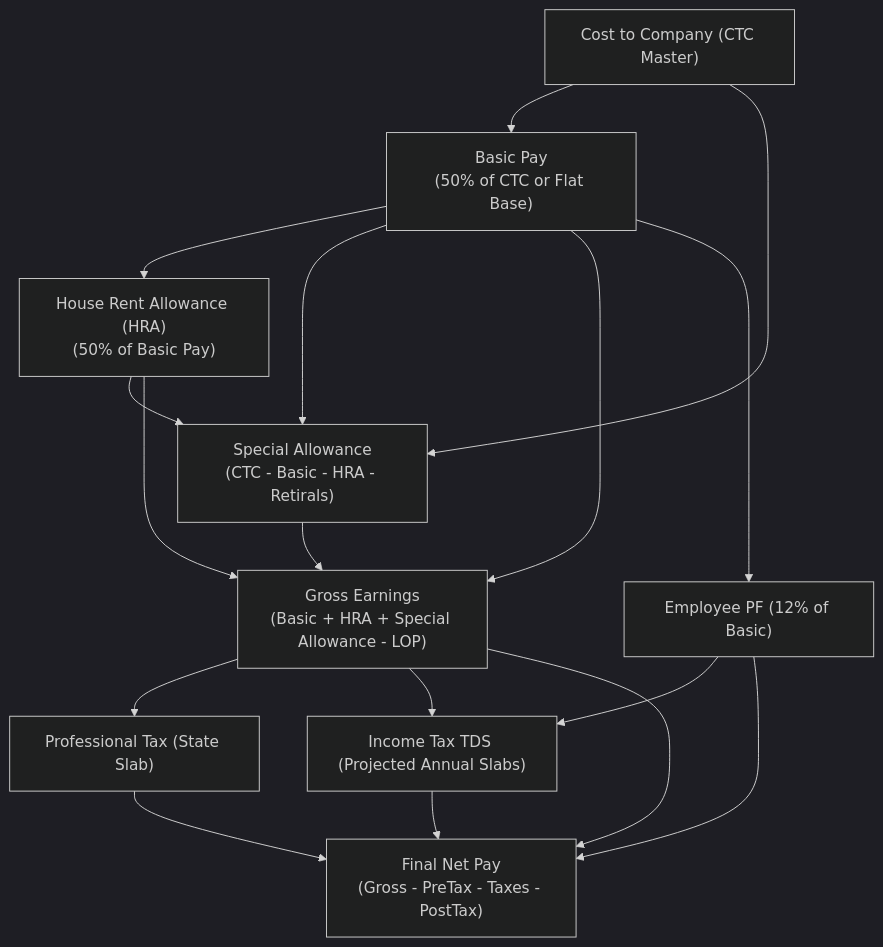
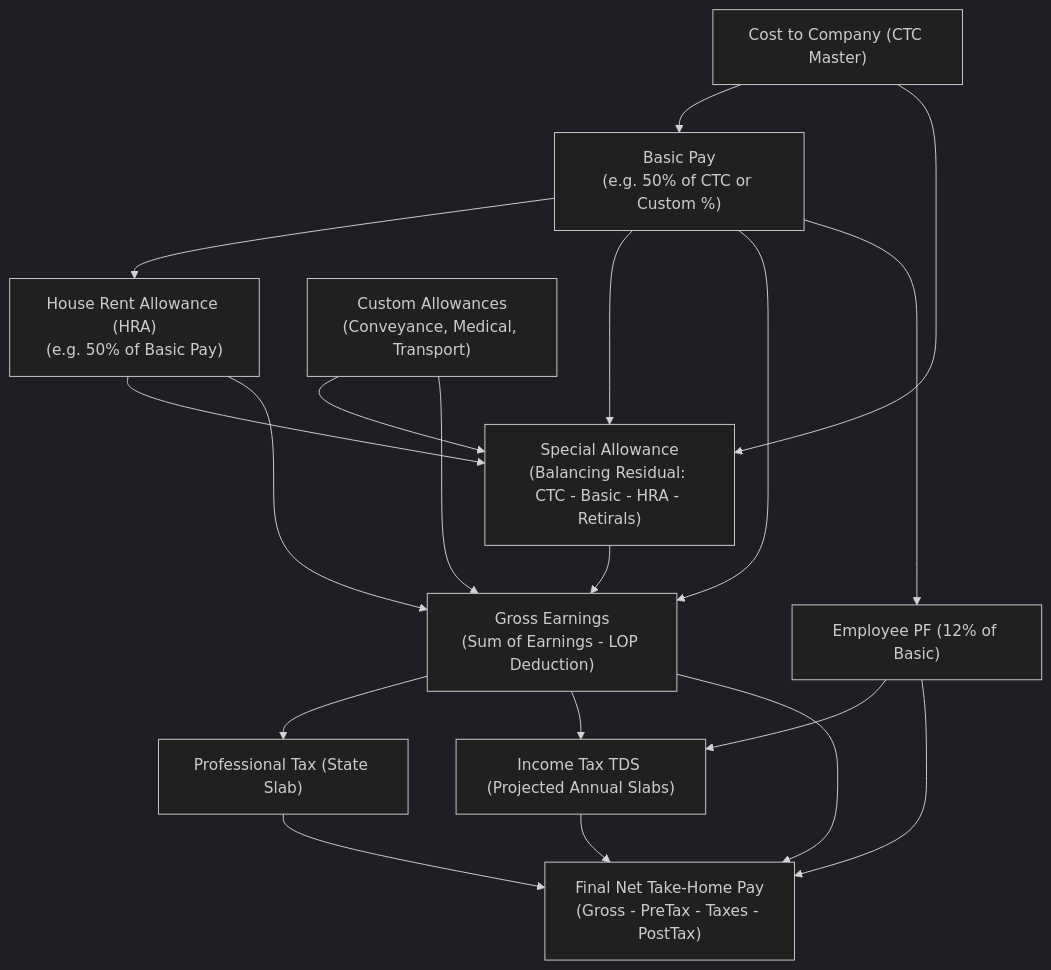
One commit to innostes-dev/erp changed the third of 5 diagrams in research/final_modules/hrms/04_payroll_engine_and_statutory_rules.md. Above: the diagram before and after it, drawn with Mermaid (dark theme). The commit also changed other lines of this file and 2 other files, not shown here.

````diff
--- a/research/final_modules/hrms/04_payroll_engine_and_statutory_rules.md
+++ b/research/final_modules/hrms/04_payroll_engine_and_statutory_rules.md
@@ -89,34 +154,37 @@
 ```mermaid
 flowchart TD
     CTC["Cost to Company (CTC Master)"]
-    Basic["Basic Pay<br/>(50% of CTC or Flat Base)"]
-    HRA["House Rent Allowance (HRA)<br/>(50% of Basic Pay)"]
-    SpecAllow["Special Allowance<br/>(CTC - Basic - HRA - Retirals)"]
-    Gross["Gross Earnings<br/>(Basic + HRA + Special Allowance - LOP)"]
+    Basic["Basic Pay<br/>(e.g. 50% of CTC or Custom %)"]
+    HRA["House Rent Allowance (HRA)<br/>(e.g. 50% of Basic Pay)"]
+    Allowances["Custom Allowances<br/>(Conveyance, Medical, Transport)"]
+    SpecAllow["Special Allowance<br/>(Balancing Residual: CTC - Basic - HRA - Retirals)"]
+    Gross["Gross Earnings<br/>(Sum of Earnings - LOP Deduction)"]
     
     EPF["Employee PF (12% of Basic)"]
     PT["Professional Tax (State Slab)"]
     TDS["Income Tax TDS (Projected Annual Slabs)"]
     
-    NetPay["Final Net Pay<br/>(Gross - PreTax - Taxes - PostTax)"]
+    NetPay["Final Net Take-Home Pay<br/>(Gross - PreTax - Taxes - PostTax)"]
 
     CTC --> Basic
     Basic --> HRA
     CTC --> SpecAllow
     Basic --> SpecAllow
     HRA --> SpecAllow
+    Allowances --> SpecAllow
     
     Basic --> Gross
     HRA --> Gross
+    Allowances --> Gross
     SpecAllow --> Gross
     
     Basic --> EPF
     Gross --> PT
     Gross --> TDS
     EPF --> TDS
     
     Gross --> NetPay
     EPF --> NetPay
     PT --> NetPay
     TDS --> NetPay
 ```
````
